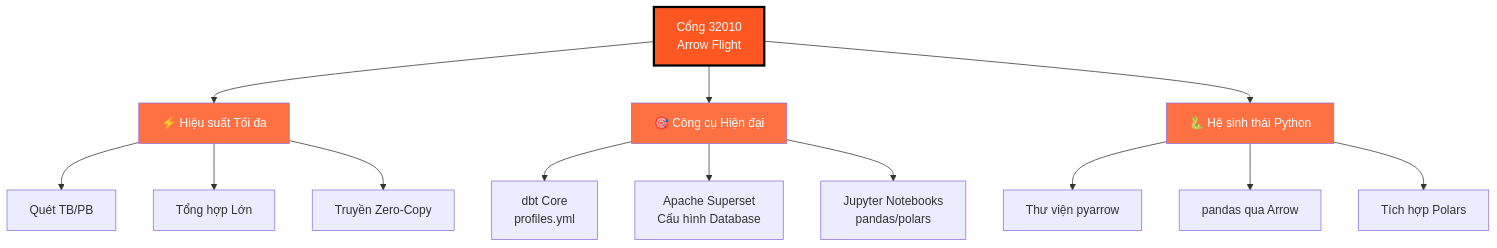
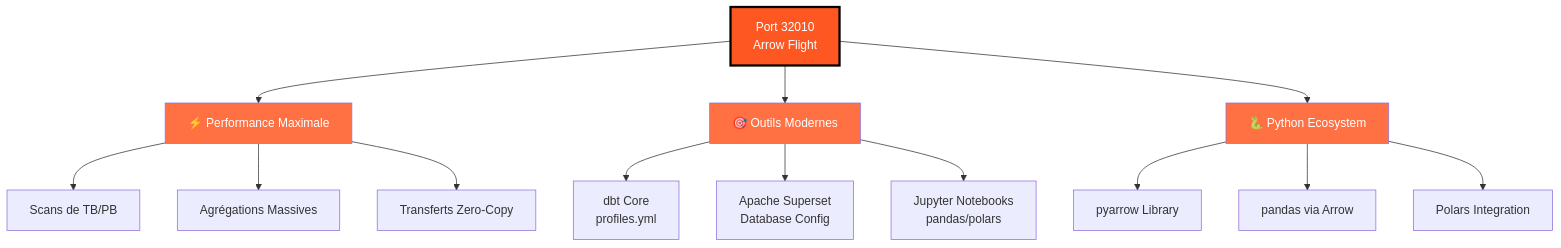
One commit to Monsau/Talentys-OSS-Data-Platform changed the seventh of 9 diagrams in docs/i18n/vi/architecture/dremio-ports-visual.md. Above: the diagram before and after it, drawn with Mermaid. The commit also changed other lines of this file and 485 other files, not shown here.

First line of the commit message:
feat: v1.1.0 - Complete i18n roadmap, AI services, and data platform

````diff
--- a/docs/i18n/vi/architecture/dremio-ports-visual.md
+++ b/docs/i18n/vi/architecture/dremio-ports-visual.md
@@ -222,25 +222,25 @@
 ```mermaid
 graph TB
-    A[Cổng 32010<br/>Arrow Flight]
+    A[Port 32010<br/>Arrow Flight]
     
-    A --> B1[⚡ Hiệu suất Tối đa]
-    A --> B2[🎯 Công cụ Hiện đại]
-    A --> B3[🐍 Hệ sinh thái Python]
+    A --> B1[⚡ Performance Maximale]
+    A --> B2[🎯 Outils Modernes]
+    A --> B3[🐍 Python Ecosystem]
     
-    B1 --> C1[Quét TB/PB]
-    B1 --> C2[Tổng hợp Lớn]
-    B1 --> C3[Truyền Zero-Copy]
+    B1 --> C1[Scans de TB/PB]
+    B1 --> C2[Agrégations Massives]
+    B1 --> C3[Transferts Zero-Copy]
     
     B2 --> D1[dbt Core<br/>profiles.yml]
-    B2 --> D2[Apache Superset<br/>Cấu hình Database]
+    B2 --> D2[Apache Superset<br/>Database Config]
     B2 --> D3[Jupyter Notebooks<br/>pandas/polars]
     
-    B3 --> E1[Thư viện pyarrow]
-    B3 --> E2[pandas qua Arrow]
-    B3 --> E3[Tích hợp Polars]
+    B3 --> E1[pyarrow Library]
+    B3 --> E2[pandas via Arrow]
+    B3 --> E3[Polars Integration]
     
     style A fill:#FF5722,color:#fff,stroke:#000,stroke-width:3px
     style B1 fill:#FF7043,color:#fff
     style B2 fill:#FF7043,color:#fff
     style B3 fill:#FF7043,color:#fff
 ```
````
